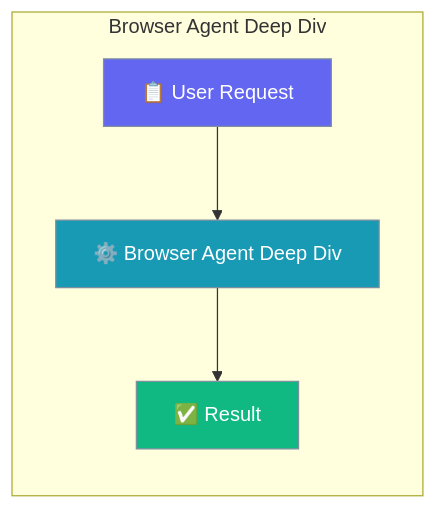
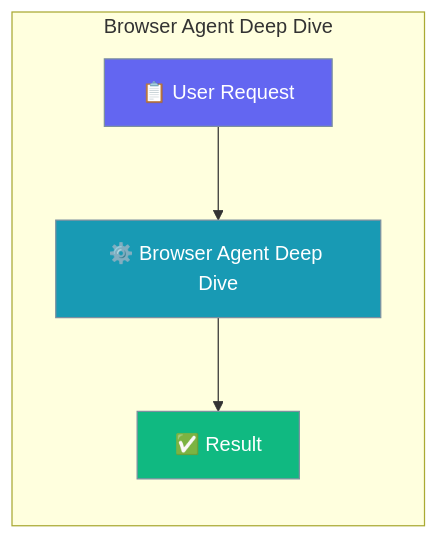
The first of 8 diagrams in docs/features/browser-agent-deep-dive.mdx (MervinPraison/PraisonAIDocs), drawn with Mermaid before and after one commit. The commit also changed 45 other files, not shown here.

First line of the commit message:
docs: fix truncated Mermaid diagram feature names (22-char cutoff)

````diff
--- a/docs/features/browser-agent-deep-dive.mdx
+++ b/docs/features/browser-agent-deep-dive.mdx
@@ -8,15 +8,15 @@
 ```mermaid
 graph LR
-    subgraph "Browser Agent Deep Div"
-        Request[📋 User Request] --> Process[⚙️ Browser Agent Deep Div]
+    subgraph "Browser Agent Deep Dive"
+        Request[📋 User Request] --> Process[⚙️ Browser Agent Deep Dive]
         Process --> Result[✅ Result]
     end
 
     classDef input fill:#6366F1,stroke:#7C90A0,color:#fff
     classDef process fill:#189AB4,stroke:#7C90A0,color:#fff
     classDef output fill:#10B981,stroke:#7C90A0,color:#fff
 
     class Request input
     class Process process
     class Result output
 ```
````
